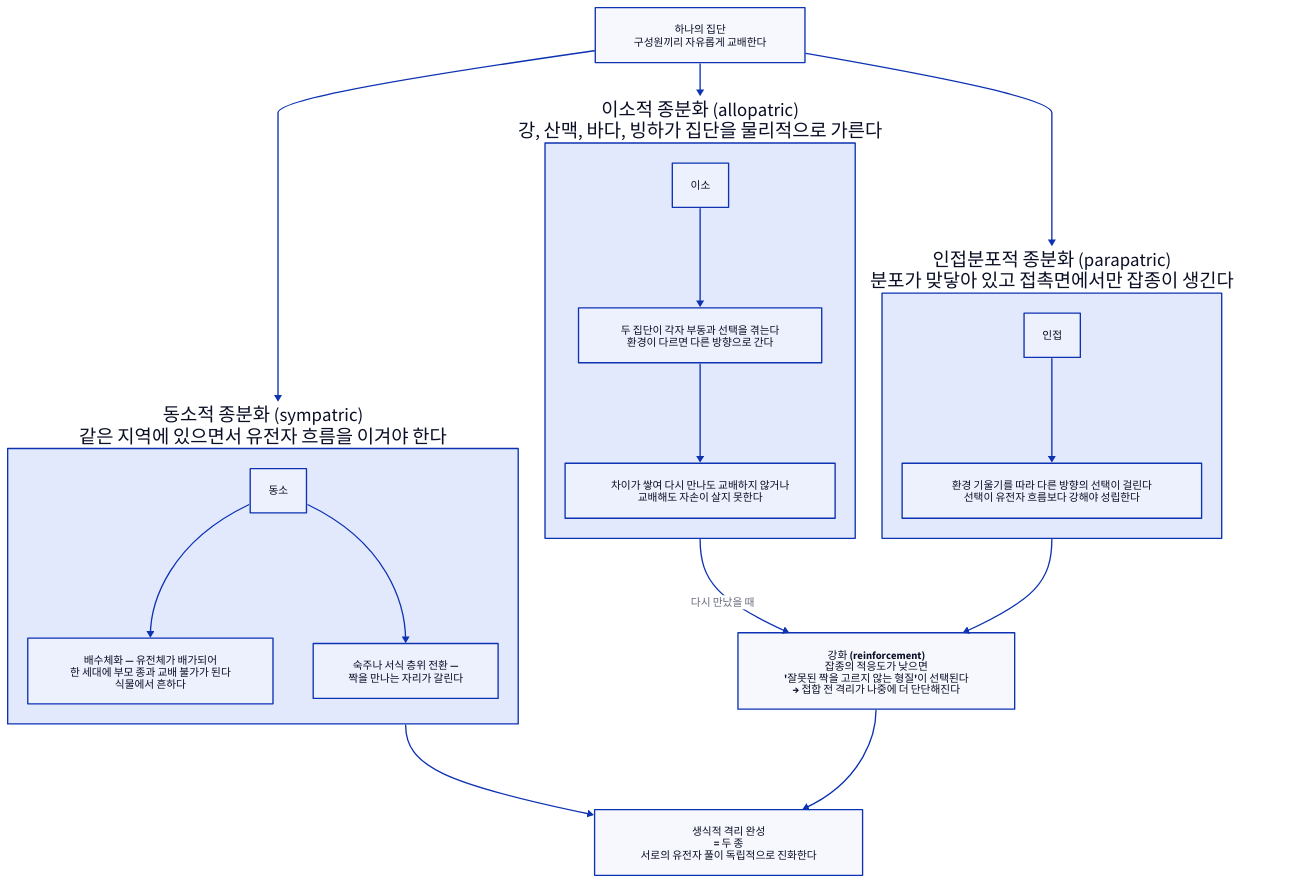
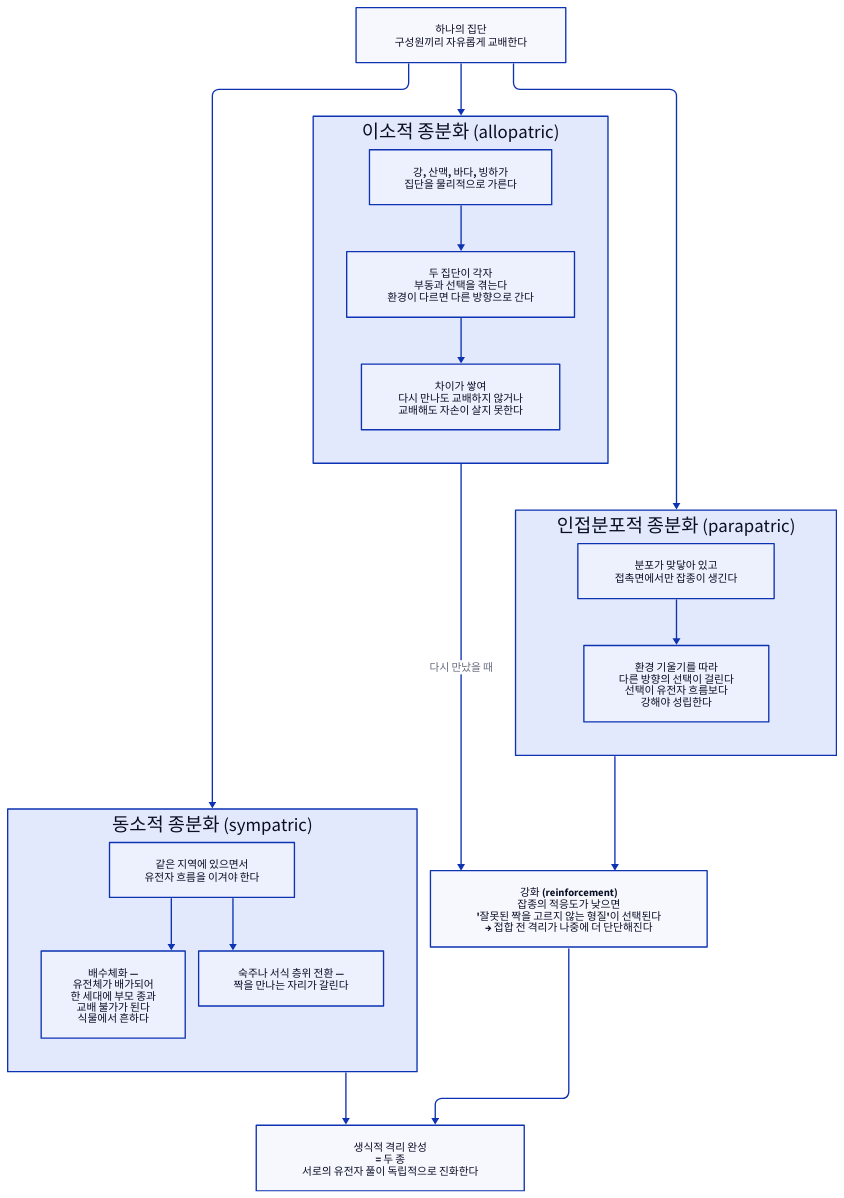
Before and after one commit to Dong-gi/Dong-gi.github.io: the diagram in d2/biology/bio-org-speciation.d2, drawn with D2. The commit also changed 295 other files, not shown here.

```diff
--- a/d2/biology/bio-org-speciation.d2
+++ b/d2/biology/bio-org-speciation.d2
@@ -1,51 +1,55 @@
 # 종분화가 완성되기까지 — 13장(진화).
 #
 # 무엇을 읽어야 하나: 종분화의 핵심 조건은 하나뿐이다. "유전자 흐름이 끊기는가."
 # 지리적 분리는 그 조건을 만드는 가장 흔한 방법일 뿐 필수 조건이 아니다.
 # 아래 세 경로가 모두 같은 목적지(생식적 격리)에 닿는다는 점을 보라.
+vars: { d2-config: { layout-engine: elk } }
 direction: down
 
 시작: {
   label: "하나의 집단\n구성원끼리 자유롭게 교배한다"
   style.bold: true
 }
 
 이소: {
-  label: "이소적 종분화 (allopatric)\n강, 산맥, 바다, 빙하가 집단을 물리적으로 가른다"
+  label: "이소적 종분화 (allopatric)"
 
-  이소2: { label: "두 집단이 각자 부동과 선택을 겪는다\n환경이 다르면 다른 방향으로 간다" }
-  이소3: { label: "차이가 쌓여 다시 만나도 교배하지 않거나\n교배해도 자손이 살지 못한다" }
-  이소 -> 이소2 -> 이소3
+  이소1: { label: "강, 산맥, 바다, 빙하가\n집단을 물리적으로 가른다" }
+  이소2: { label: "두 집단이 각자\n부동과 선택을 겪는다\n환경이 다르면 다른 방향으로 간다" }
+  이소3: { label: "차이가 쌓여\n다시 만나도 교배하지 않거나\n교배해도 자손이 살지 못한다" }
+  이소1 -> 이소2 -> 이소3
 }
 
 동소: {
-  label: "동소적 종분화 (sympatric)\n같은 지역에 있으면서 유전자 흐름을 이겨야 한다"
+  label: "동소적 종분화 (sympatric)"
 
-  동소2: { label: "배수체화 — 유전체가 배가되어\n한 세대에 부모 종과 교배 불가가 된다\n식물에서 흔하다" }
+  동소1: { label: "같은 지역에 있으면서\n유전자 흐름을 이겨야 한다" }
+  동소2: { label: "배수체화 —\n유전체가 배가되어\n한 세대에 부모 종과\n교배 불가가 된다\n식물에서 흔하다" }
   동소3: { label: "숙주나 서식 층위 전환 —\n짝을 만나는 자리가 갈린다" }
-  동소 -> 동소2
-  동소 -> 동소3
+  동소1 -> 동소2
+  동소1 -> 동소3
 }
 
 인접: {
-  label: "인접분포적 종분화 (parapatric)\n분포가 맞닿아 있고 접촉면에서만 잡종이 생긴다"
-  인접2: { label: "환경 기울기를 따라 다른 방향의 선택이 걸린다\n선택이 유전자 흐름보다 강해야 성립한다" }
-  인접 -> 인접2
+  label: "인접분포적 종분화 (parapatric)"
+  인접1: { label: "분포가 맞닿아 있고\n접촉면에서만 잡종이 생긴다" }
+  인접2: { label: "환경 기울기를 따라\n다른 방향의 선택이 걸린다\n선택이 유전자 흐름보다\n강해야 성립한다" }
+  인접1 -> 인접2
 }
 
 강화: {
   label: "강화 (reinforcement)\n잡종의 적응도가 낮으면\n'잘못된 짝을 고르지 않는 형질'이 선택된다\n→ 접합 전 격리가 나중에 더 단단해진다"
 }
 
 완성: {
   label: "생식적 격리 완성\n= 두 종\n서로의 유전자 풀이 독립적으로 진화한다"
   style.bold: true
 }
 
 시작 -> 이소
 시작 -> 동소
 시작 -> 인접
 이소 -> 강화: "다시 만났을 때"
 동소 -> 완성
 인접 -> 강화
 강화 -> 완성
```
